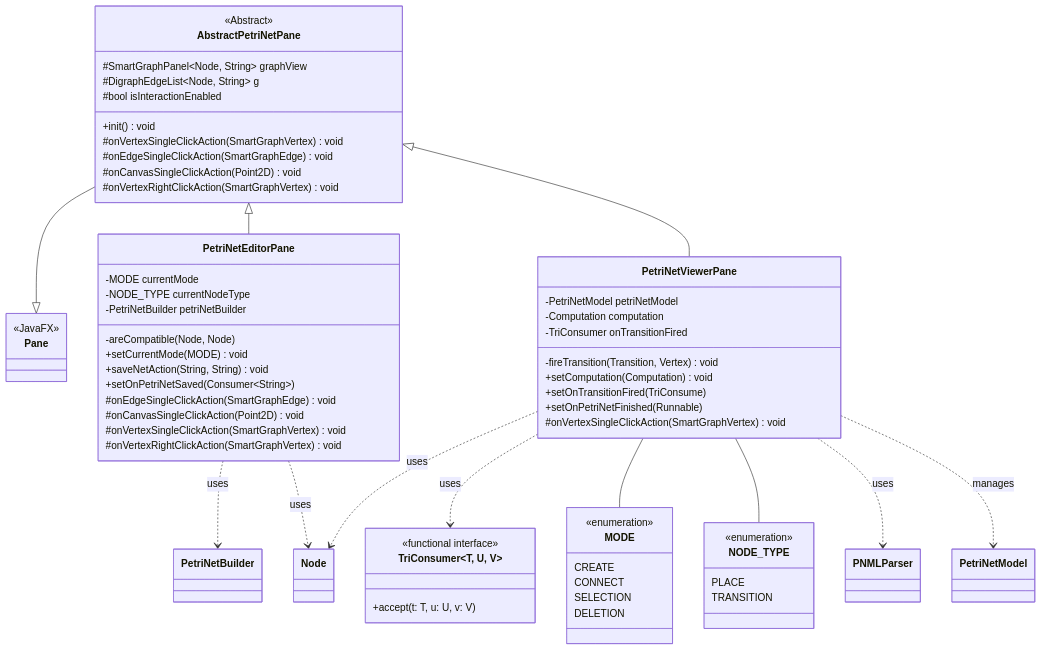
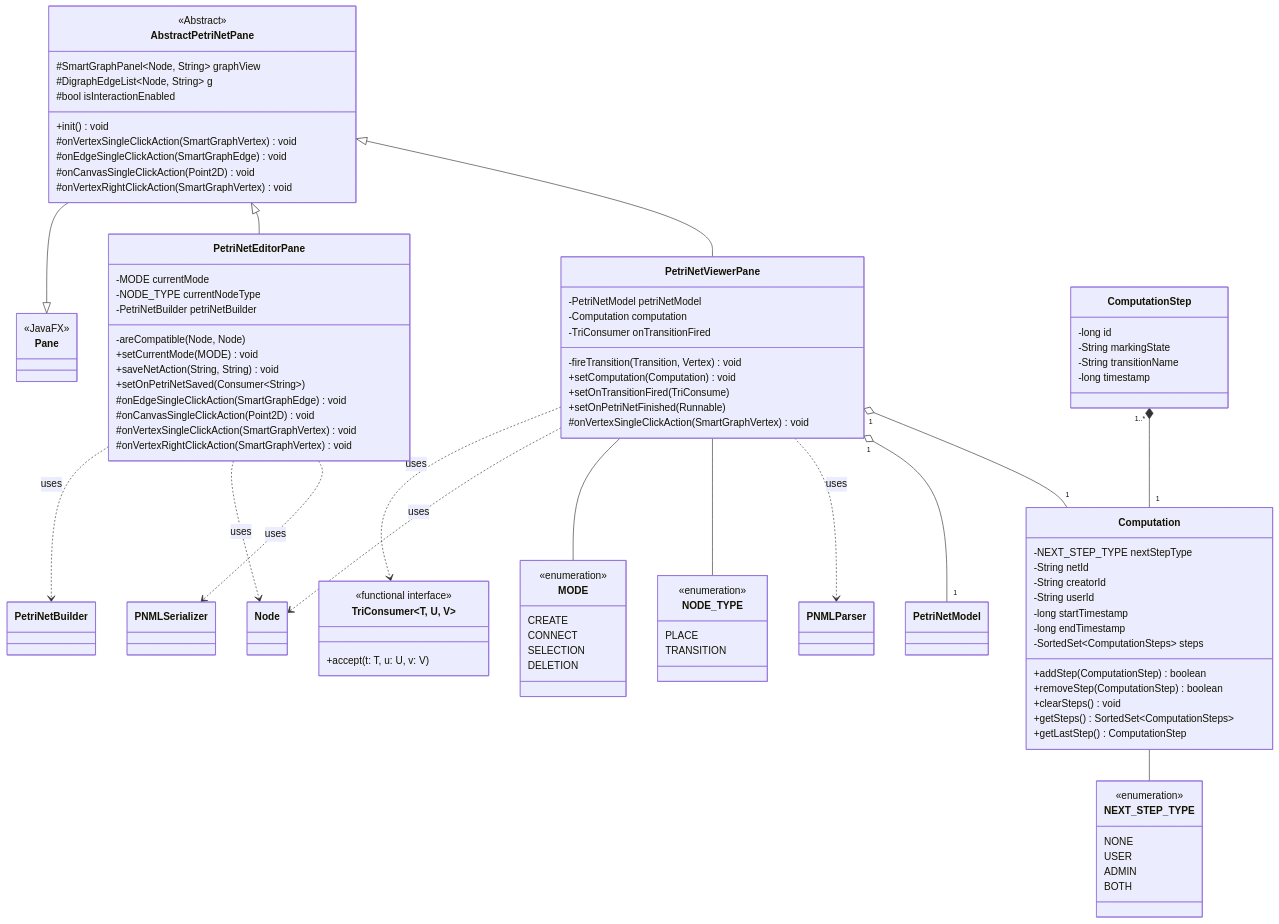
Before and after one commit to alessio-vivaldelli/PetriHub: the diagram in docs/petri-net/class diagram/petrinet-view-editor.mmd, drawn with Mermaid. The commit also changed other lines of this file and 6 other files, not shown here.

Commit message:
add sequence diagrams and refactor notification handling for computation steps

```diff
--- a/docs/petri-net/class diagram/petrinet-view-editor.mmd
+++ b/docs/petri-net/class diagram/petrinet-view-editor.mmd
@@ -1,77 +1,111 @@
 classDiagram
     direction TB
 
     class Pane {
         <<JavaFX>>
     }
 
     class AbstractPetriNetPane {
         <<Abstract>>
         #SmartGraphPanel~Node, String~ graphView
         #DigraphEdgeList~Node, String~ g
         #bool isInteractionEnabled
         +init() void
         #onVertexSingleClickAction(SmartGraphVertex) void
         #onEdgeSingleClickAction(SmartGraphEdge) void
         #onCanvasSingleClickAction(Point2D) void
         #onVertexRightClickAction(SmartGraphVertex) void
     }
 
     class PetriNetEditorPane {
         -MODE currentMode
         -NODE_TYPE currentNodeType
         -PetriNetBuilder petriNetBuilder
         -areCompatible(Node, Node)
         +setCurrentMode(MODE) void
         +saveNetAction(String, String) void
         +setOnPetriNetSaved(Consumer~String~)
         #onEdgeSingleClickAction(SmartGraphEdge) void
         #onCanvasSingleClickAction(Point2D) void
         #onVertexSingleClickAction(SmartGraphVertex) void
         #onVertexRightClickAction(SmartGraphVertex) void
     }
 
     class PetriNetViewerPane {
         -PetriNetModel petriNetModel
         -Computation computation
         -TriConsumer onTransitionFired
         -fireTransition(Transition, Vertex) void
         +setComputation(Computation) void
         +setOnTransitionFired(TriConsume)
         +setOnPetriNetFinished(Runnable)
         #onVertexSingleClickAction(SmartGraphVertex) void
     }
 
+    class Computation {
+        -NEXT_STEP_TYPE nextStepType
+        -String netId
+        -String creatorId
+        -String userId
+        -long startTimestamp
+        -long endTimestamp
+        -SortedSet~ComputationSteps~ steps
+        +addStep(ComputationStep) boolean
+        +removeStep(ComputationStep) boolean
+        +clearSteps() void
+        +getSteps() SortedSet~ComputationSteps~
+        +getLastStep() ComputationStep
+    }
+
+    class ComputationStep {
+        -long id
+        -String markingState
+        -String transitionName
+        -long timestamp
+    }
+
     class TriConsumer~T, U, V~ {
 <<functional interface>>
 +accept(t: T, u: U, v: V)
 }
 
 class MODE {
 <<enumeration>>
 CREATE
 CONNECT
 SELECTION
 DELETION
 }
 class NODE_TYPE {
 <<enumeration>>
 PLACE
 TRANSITION
 }
 
+class NEXT_STEP_TYPE {
+<<enumeration>>
+NONE
+USER
+ADMIN
+BOTH
+}
 AbstractPetriNetPane --|> Pane
 
 PetriNetViewerPane ..> TriConsumer : uses
 
 AbstractPetriNetPane <|-- PetriNetEditorPane
 AbstractPetriNetPane <|-- PetriNetViewerPane
 
 PetriNetEditorPane ..> PetriNetBuilder : uses
 PetriNetEditorPane ..> Node : uses
 PetriNetViewerPane ..> Node : uses
 PetriNetViewerPane -- MODE
 PetriNetViewerPane -- NODE_TYPE
 
 PetriNetViewerPane ..> PNMLParser : uses
-PetriNetViewerPane ..> PetriNetModel : manages
+PetriNetEditorPane ..> PNMLSerializer : uses
+
+PetriNetViewerPane "1" o-- "1" PetriNetModel
+PetriNetViewerPane "1" o-- "1" Computation
+ComputationStep "1..*" *-- "1" Computation
+Computation -- NEXT_STEP_TYPE
```
